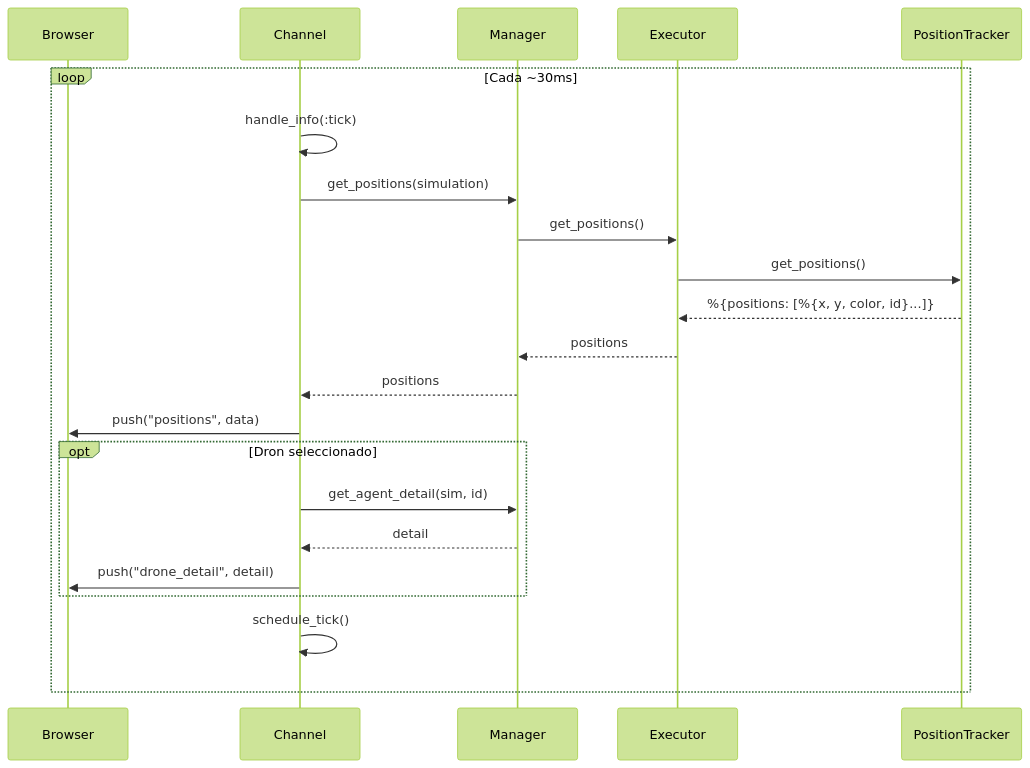
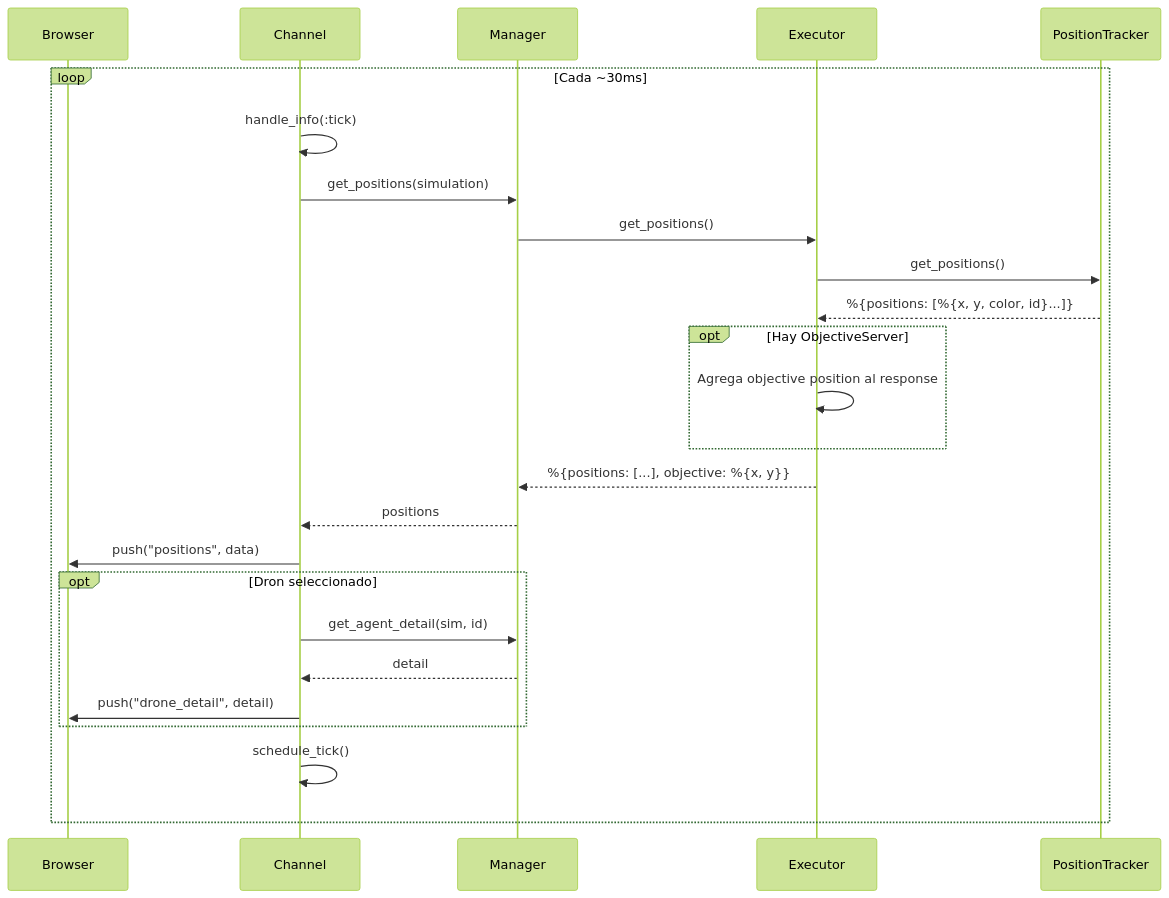
One commit to FLAGlab/Elixir-Swarm-Simulator changed the fifth of 11 diagrams in docs/data_flows.md. Above: the diagram before and after it, drawn with Mermaid (forest theme). The commit also changed other lines of this file and 41 other files, not shown here.

````diff
--- a/docs/data_flows.md
+++ b/docs/data_flows.md
@@ -118,25 +135,28 @@
 ```mermaid
 sequenceDiagram
     participant JS as Browser
     participant Ch as Channel
     participant Mg as Manager
     participant Ex as Executor
     participant PT as PositionTracker
 
     loop Cada ~30ms
         Ch->>Ch: handle_info(:tick)
         Ch->>Mg: get_positions(simulation)
         Mg->>Ex: get_positions()
         Ex->>PT: get_positions()
         PT-->>Ex: %{positions: [%{x, y, color, id}...]}
-        Ex-->>Mg: positions
+        opt Hay ObjectiveServer
+            Ex->>Ex: Agrega objective position al response
+        end
+        Ex-->>Mg: %{positions: [...], objective: %{x, y}}
         Mg-->>Ch: positions
         Ch->>JS: push("positions", data)
         opt Dron seleccionado
             Ch->>Mg: get_agent_detail(sim, id)
             Mg-->>Ch: detail
             Ch->>JS: push("drone_detail", detail)
         end
         Ch->>Ch: schedule_tick()
     end
 ```
````
